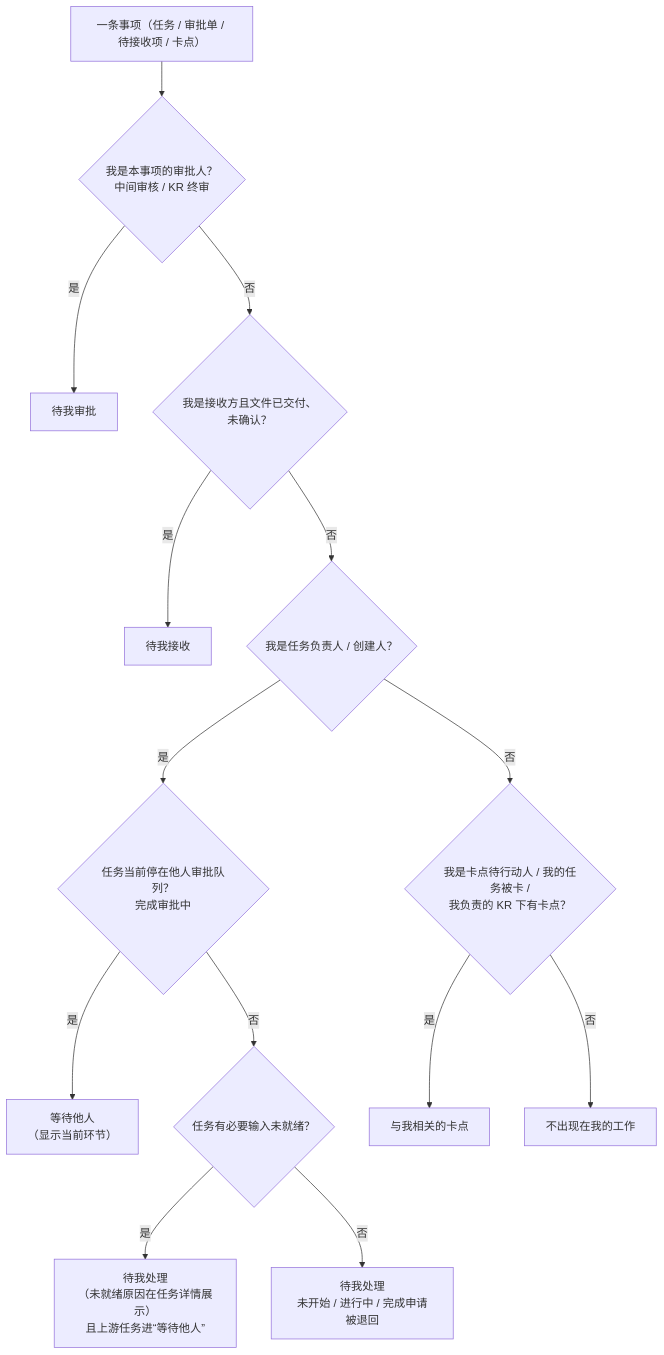
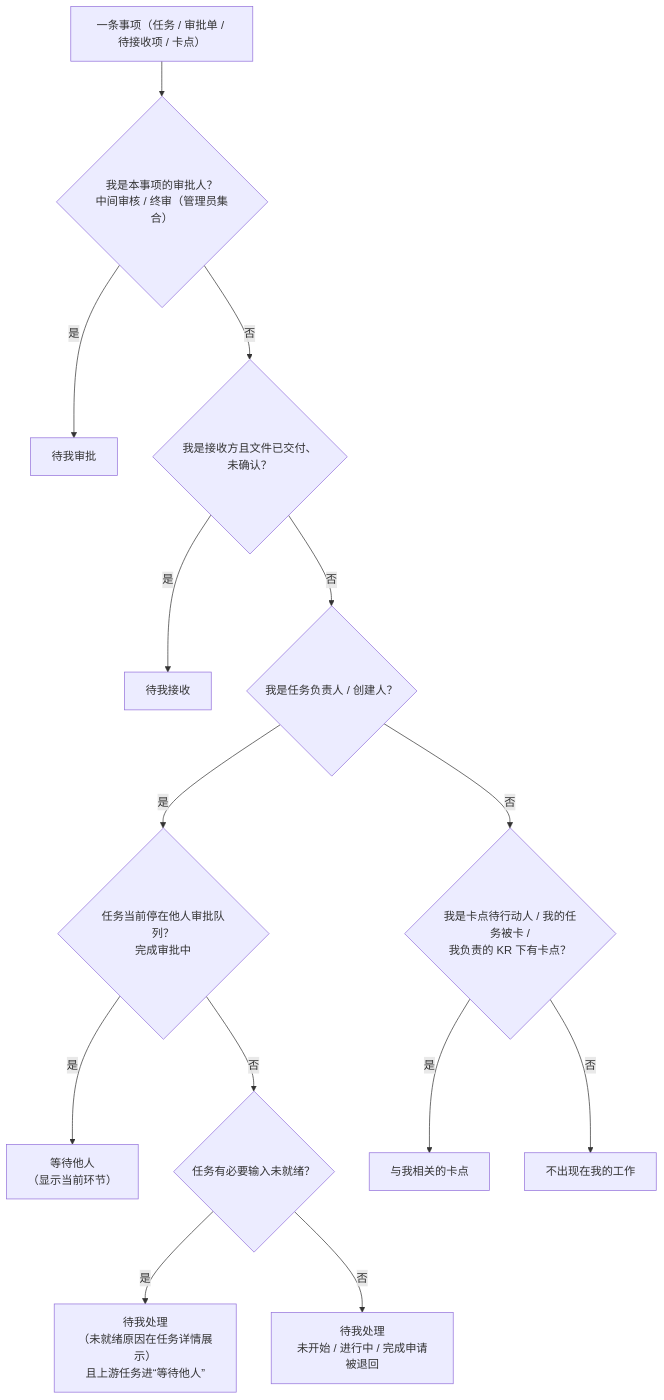
Before and after one commit to mohiria/synergy_mangement: the diagram in docs/我的工作模块_详细PRD_V1.1.md, drawn with Mermaid. The commit also changed other lines of this file and 47 other files, not shown here.

````diff
--- a/docs/我的工作模块_详细PRD_V1.1.md
+++ b/docs/我的工作模块_详细PRD_V1.1.md
@@ -181,16 +191,16 @@
 ```mermaid
 flowchart TD
-    X["一条事项（任务 / 审批单 / 待接收项 / 卡点）"] --> Q1{"我是本事项的审批人？<br/>中间审核 / KR 终审"}
+    X["一条事项（任务 / 审批单 / 待接收项 / 卡点）"] --> Q1{"我是本事项的审批人？<br/>中间审核 / 终审（管理员集合）"}
     Q1 -- "是" --> G2["待我审批"]
     Q1 -- "否" --> Q2{"我是接收方且文件已交付、未确认？"}
     Q2 -- "是" --> G3["待我接收"]
     Q2 -- "否" --> Q4{"我是任务负责人 / 创建人？"}
     Q4 -- "是" --> Q5{"任务当前停在他人审批队列？<br/>完成审批中"}
     Q5 -- "是" --> G4["等待他人<br/>（显示当前环节）"]
     Q5 -- "否" --> Q6{"任务有必要输入未就绪？"}
     Q6 -- "是" --> G1b["待我处理<br/>（未就绪原因在任务详情展示）<br/>且上游任务进“等待他人”"]
     Q6 -- "否" --> G1c["待我处理<br/>未开始 / 进行中 / 完成申请被退回"]
     Q4 -- "否" --> Q7{"我是卡点待行动人 / 我的任务被卡 /<br/>我负责的 KR 下有卡点？"}
     Q7 -- "是" --> G5["与我相关的卡点"]
     Q7 -- "否" --> NONE["不出现在我的工作"]
 ```
````
